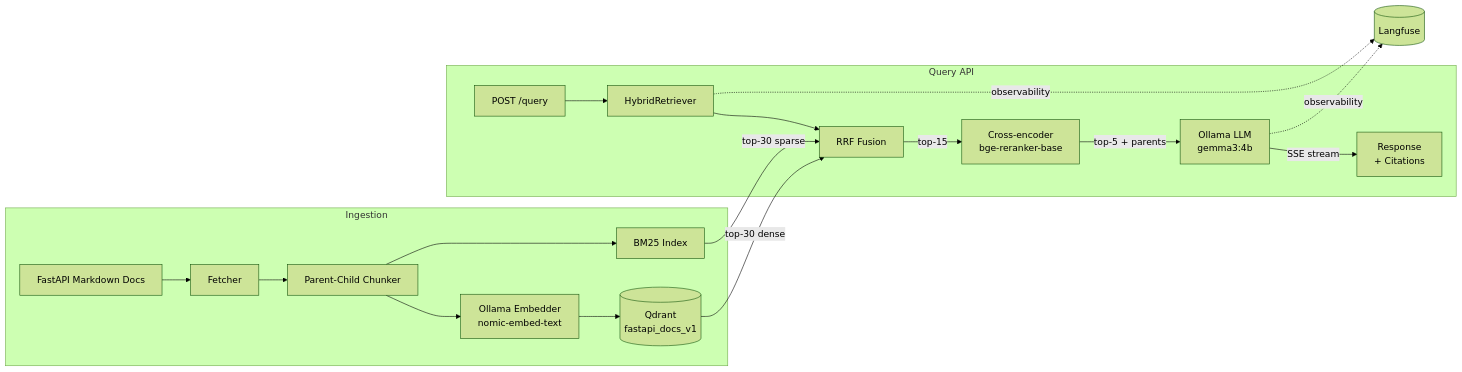
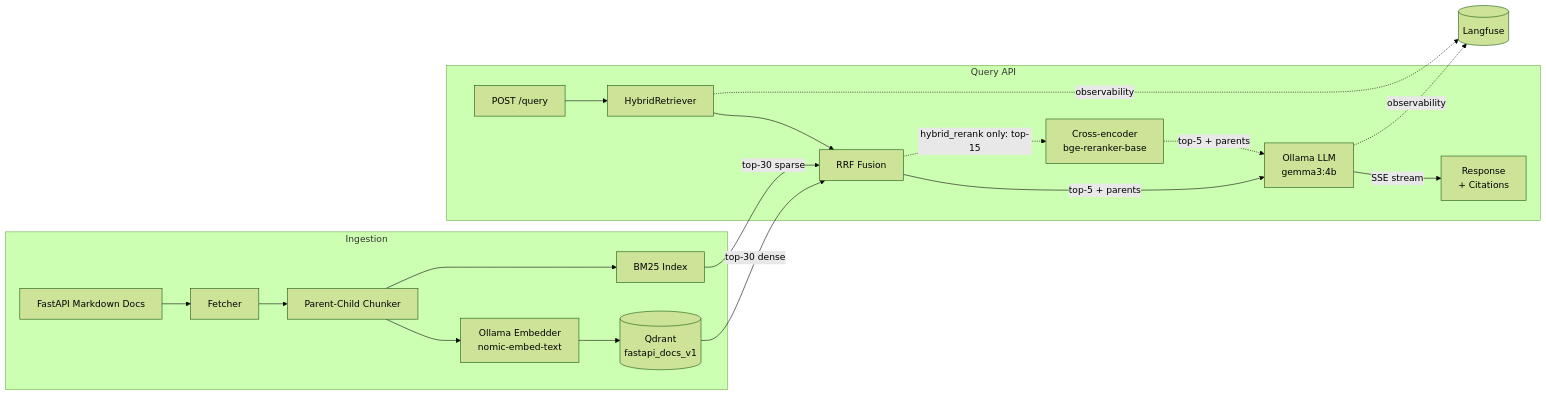
The diagram in README.md (egtimer/fastapi-rag-lab), drawn with Mermaid (forest theme) before and after one commit. The commit also changed other lines of this file, not shown here.

Commit message:
docs(readme): report the reference runs with CIs, the reranker result, the April note and the test count

````diff
--- a/README.md
+++ b/README.md
@@ -69,23 +70,24 @@
 ```mermaid
 graph LR
     subgraph Ingestion
         A[FastAPI Markdown Docs] --> B[Fetcher]
         B --> C[Parent-Child Chunker]
         C --> D[Ollama Embedder<br/>nomic-embed-text]
         D --> E[(Qdrant<br/>fastapi_docs_v1)]
         C --> F[BM25 Index]
     end
 
     subgraph "Query API"
         Q[POST /query] --> HR[HybridRetriever]
         E -->|top-30 dense| RRF[RRF Fusion]
         F -->|top-30 sparse| RRF
-        RRF -->|top-15| RR[Cross-encoder<br/>bge-reranker-base]
-        RR -->|top-5 + parents| LLM[Ollama LLM<br/>gemma3:4b]
+        RRF -->|top-5 + parents| LLM[Ollama LLM<br/>gemma3:4b]
+        RRF -.->|hybrid_rerank only: top-15| RR[Cross-encoder<br/>bge-reranker-base]
+        RR -.->|top-5 + parents| LLM
         HR --> RRF
         LLM -->|SSE stream| R[Response<br/>+ Citations]
     end
 
     HR -.observability.-> L[(Langfuse)]
     LLM -.observability.-> L
 ```
````
